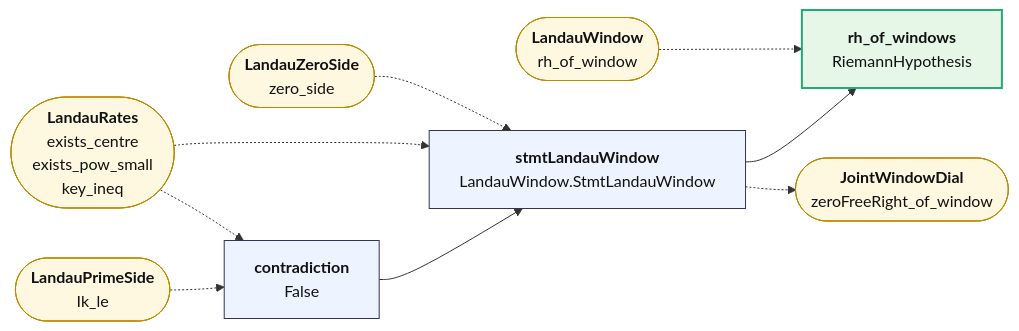
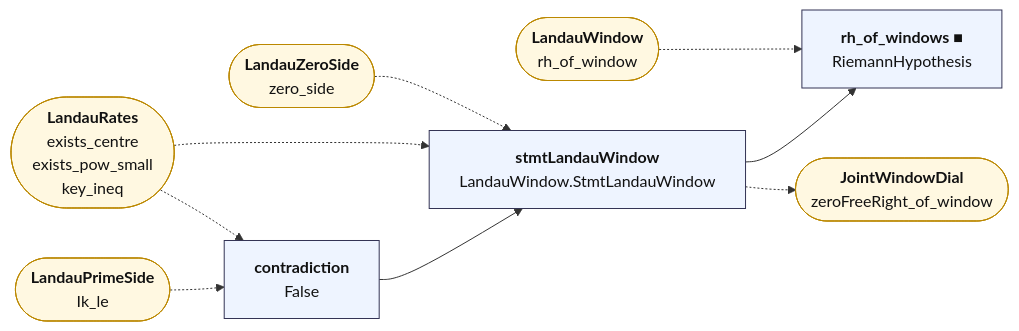
One commit to juliansambranojr/Primebeat_081426 changed the diagram in map/lean_stage3/LandauCriterion.md. Above: the diagram before and after it, drawn with Mermaid. The commit also changed other lines of this file and 398 other files, not shown here.

First line of the commit message:
map: the table first. Three layers from Lean's record of each proof and everything beneath it: counting (integers only), shape (analysis, no zeta), reads zeta; map/TABLE.md lists every counting theorem; the Riemann hypothesis is drawn as one reading at the edge

````diff
--- a/map/lean_stage3/LandauCriterion.md
+++ b/map/lean_stage3/LandauCriterion.md
@@ -12,24 +12,27 @@
 ```mermaid
 flowchart LR
   n0["<b>contradiction</b><br/>False"]:::thm
   n1["<b>stmtLandauWindow</b><br/>LandauWindow.StmtLandauWindow"]:::thm
-  n2["<b>rh_of_windows</b><br/>RiemannHypothesis"]:::end_
+  n2["<b>rh_of_windows ■</b><br/>RiemannHypothesis"]:::thm
   x0(["<b>LandauPrimeSide</b><br/>Ik_le"]):::ext
   x1(["<b>LandauRates</b><br/>exists_centre<br/>exists_pow_small<br/>key_ineq"]):::ext
   x2(["<b>LandauZeroSide</b><br/>zero_side"]):::ext
   x3(["<b>JointWindowDial</b><br/>zeroFreeRight_of_window"]):::ext
   x4(["<b>LandauWindow</b><br/>rh_of_window"]):::ext
   n0 --> n1
   n1 --> n2
   n1 -.-> x3
   x0 -.-> n0
   x1 -.-> n0
   x1 -.-> n1
   x2 -.-> n1
   x4 -.-> n2
+  classDef cnt fill:#dff5ec,stroke:#17694a,color:#111
+  classDef shp fill:#f1ecfb,stroke:#5b3fa0,color:#111
+  classDef rh fill:#ffe5e5,stroke:#c22,color:#111,stroke-width:2px
   classDef thm fill:#eef4ff,stroke:#335,color:#111
   classDef end_ fill:#e7f7e7,stroke:#2a7,color:#111,stroke-width:2px
   classDef lone fill:#fff,stroke:#999,color:#111,stroke-dasharray:4 3
   classDef bad fill:#ffe5e5,stroke:#c22,color:#111,stroke-width:2px
   classDef ext fill:#fff8e1,stroke:#b80,color:#111
 ```
````
